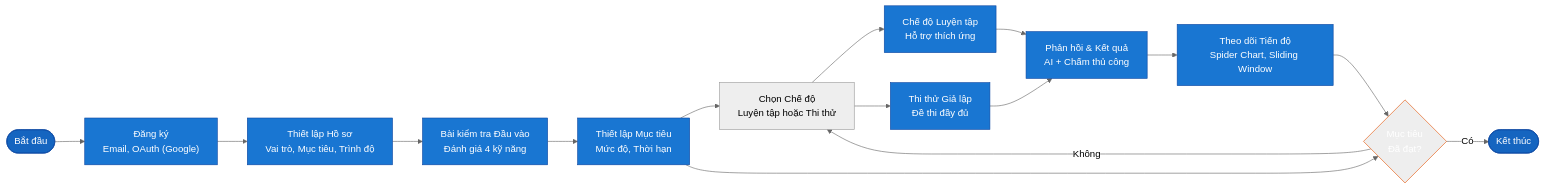
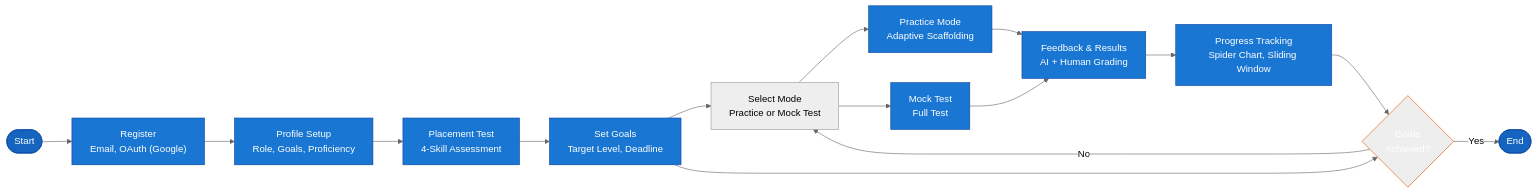
Before and after one commit to nghyane/VSTEP: the second of 8 diagrams in docs/capstone/diagrams/flow-diagrams.vi.md, drawn with Mermaid (neutral theme). The commit also changed other lines of this file, not shown here.

````diff
--- a/docs/capstone/diagrams/flow-diagrams.vi.md
+++ b/docs/capstone/diagrams/flow-diagrams.vi.md
@@ -82,39 +82,39 @@
 ```mermaid
 flowchart LR
-    Start(["Bắt đầu"])
-    Reg["Đăng ký<br/>Email, OAuth (Google)"]
-    Profile["Thiết lập Hồ sơ<br/>Vai trò, Mục tiêu, Trình độ"]
-    Placement["Bài kiểm tra Đầu vào<br/>Đánh giá 4 kỹ năng"]
-    Select["Chọn Chế độ<br/>Luyện tập hoặc Thi thử"]
-    Practice["Chế độ Luyện tập<br/>Hỗ trợ thích ứng"]
-    Mock["Thi thử Giả lập<br/>Đề thi đầy đủ"]
-    Feedback["Phản hồi & Kết quả<br/>AI + Chấm thủ công"]
-    Progress["Theo dõi Tiến độ<br/>Spider Chart, Sliding Window"]
-    GoalCheck{"Mục tiêu<br/>Đã đạt?"}
-    GoalSet["Thiết lập Mục tiêu<br/>Mức độ, Thời hạn"]
-    End(["Kết thúc"])
+    Start(["Start"])
+    Reg["Register<br/>Email, OAuth (Google)"]
+    Profile["Profile Setup<br/>Role, Goals, Proficiency"]
+    Placement["Placement Test<br/>4-Skill Assessment"]
+    Select["Select Mode<br/>Practice or Mock Test"]
+    Practice["Practice Mode<br/>Adaptive Scaffolding"]
+    Mock["Mock Test<br/>Full Test"]
+    Feedback["Feedback & Results<br/>AI + Human Grading"]
+    Progress["Progress Tracking<br/>Spider Chart, Sliding Window"]
+    GoalCheck{"Goals<br/>Achieved?"}
+    GoalSet["Set Goals<br/>Target Level, Deadline"]
+    End(["End"])
 
     Start --> Reg
     Reg --> Profile
     Profile --> Placement
     Placement --> GoalSet
     GoalSet --> Select
     Select --> Practice
     Select --> Mock
     Practice --> Feedback
     Mock --> Feedback
     Feedback --> Progress
     Progress --> GoalCheck
     GoalSet --> GoalCheck
-    GoalCheck -->|Không| Select
-    GoalCheck -->|Có| End
+    GoalCheck -->|No| Select
+    GoalCheck -->|Yes| End
 
     classDef start fill:#1565c0,stroke:#0d47a1,color:#fff
     classDef process fill:#1976d2,stroke:#0d47a1,color:#fff
     classDef decision fill:#f57c0,stroke:#e65100,color:#fff
     classDef outcome fill:#7b1fa2,stroke:#4a148c,color:#fff
 
     class Start,End start
     class Reg,Profile,Placement,Practice,Mock,Feedback,Progress,GoalSet process
     class GoalCheck decision
 ```
````
